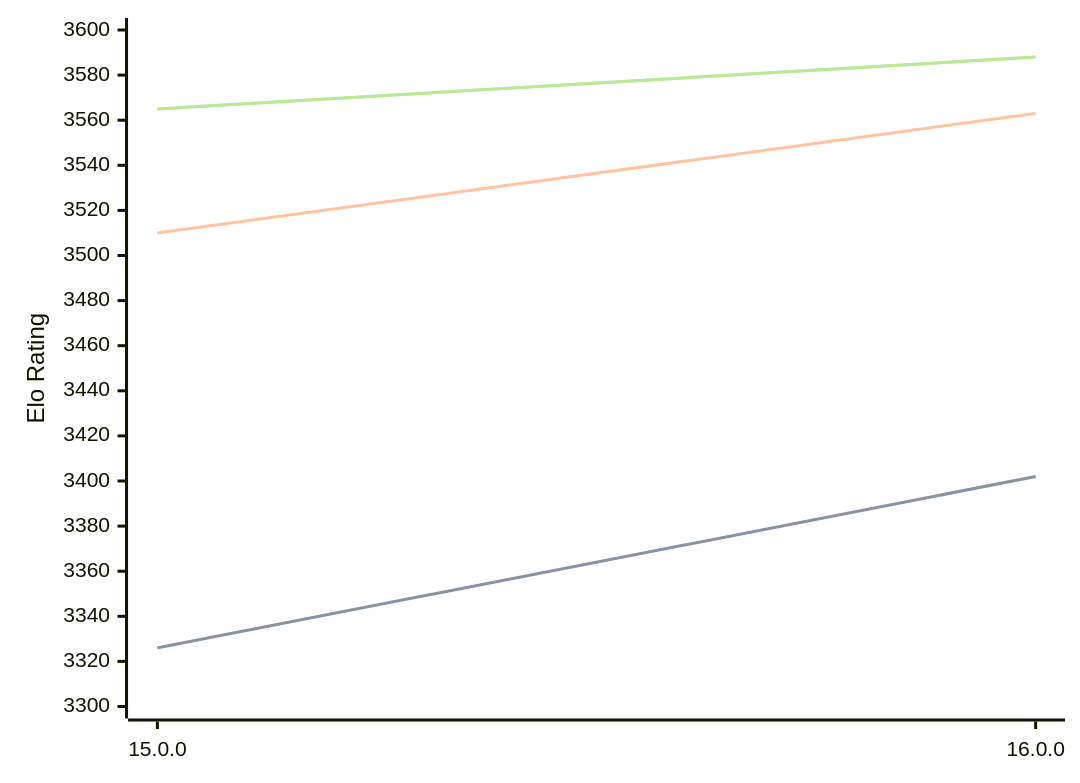
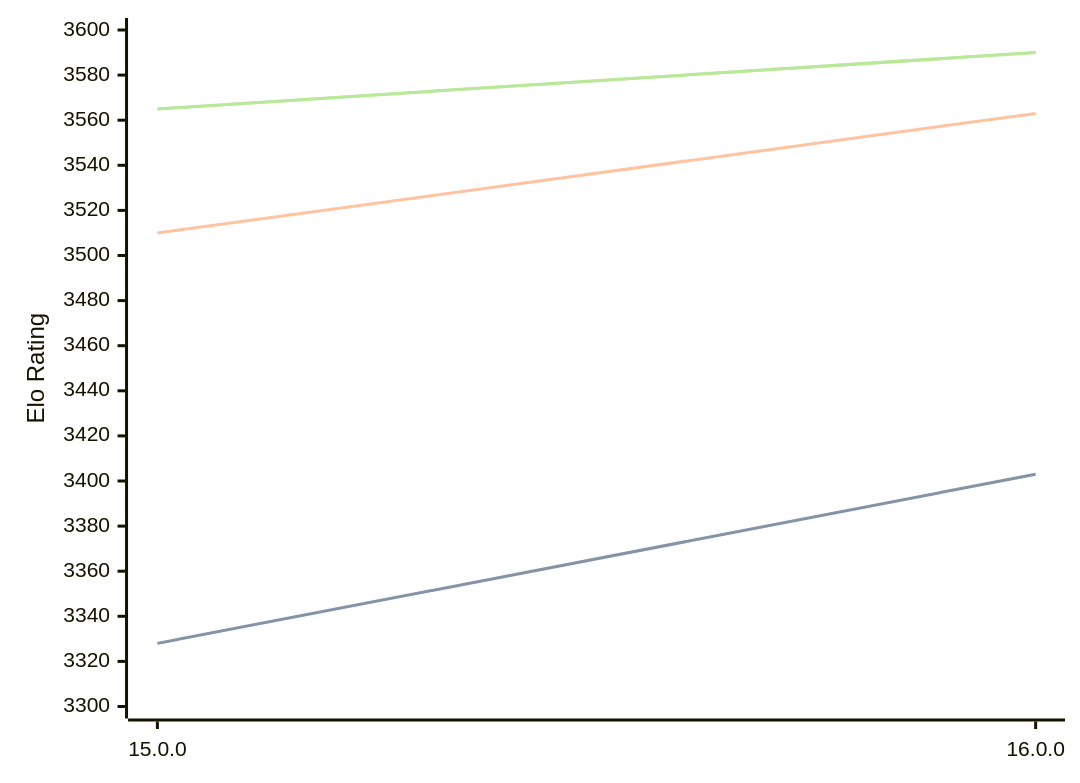
The diagram in engines/Halogen.md (computer-chess-index/cci), drawn with Mermaid before and after one commit. The commit also changed other lines of this file, not shown here.

Commit message:
Update CCI Ratings (ELO VLTC) - 2026-05-01

````diff
--- a/engines/Halogen.md
+++ b/engines/Halogen.md
@@ -50,11 +50,11 @@
 ```mermaid
 %%{init: {"theme":"base","themeVariables":{"seriesColors:['#a3a3a3','#222221','#faa371']}}}%%
 xychart-beta
   x-axis ["15.0.0", "16.0.0"]
   y-axis "Elo Rating" 3300 --> 3600
-  line "STC (8.0+0.08s)" [3326, 3402]
-  line "STC (8.0+0.08s)" [3326, 3402]
+  line "STC (8.0+0.08s)" [3328, 3403]
+  line "STC (8.0+0.08s)" [3328, 3403]
   line "LTC (60.0+0.60s)" [3510, 3563]
-  line "VLTC (2m24s+1.12s)" [3565, 3588]
-  line "VLTC (2m24s+1.12s)" [3565, 3588]
+  line "VLTC (2m24s+1.12s)" [3565, 3590]
+  line "VLTC (2m24s+1.12s)" [3565, 3590]
 ```
````
